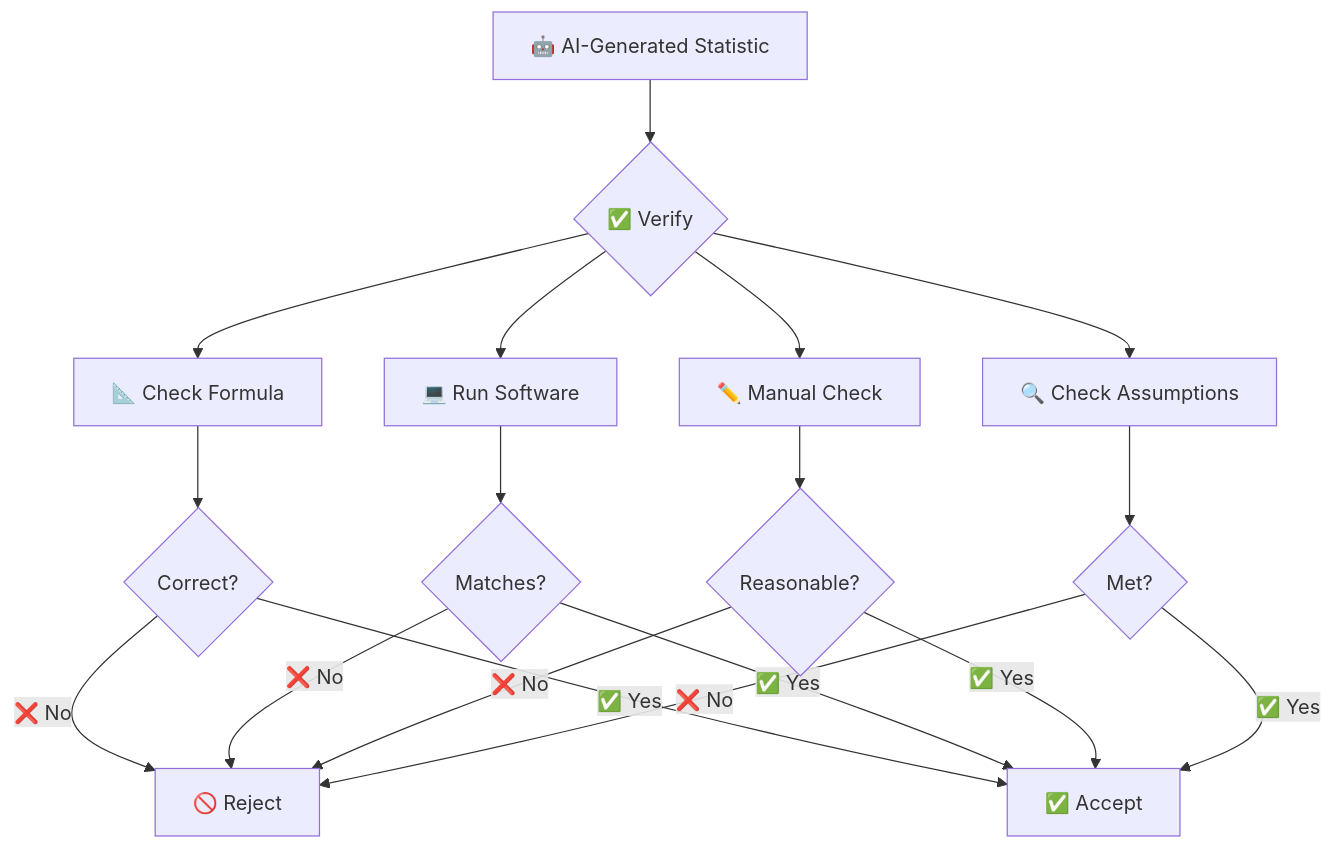
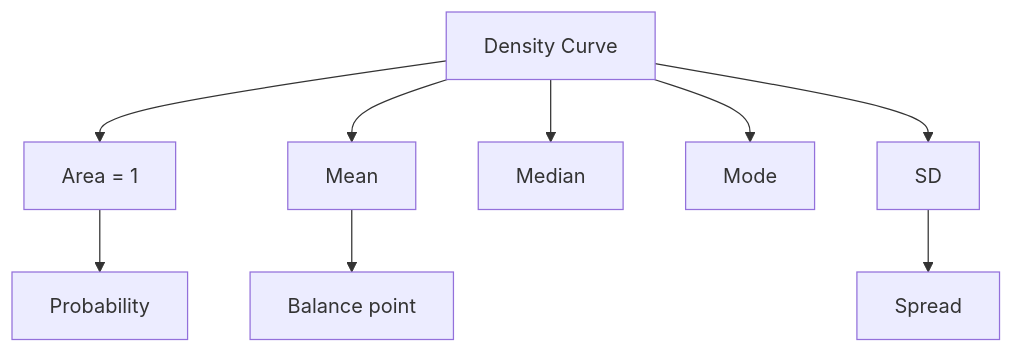
The fifth of 5 diagrams in 03-dispersion.md (muhammadsalek/statistics-for-scientists), drawn with Mermaid before and after one commit. The commit also changed other lines of this file, not shown here.

````diff
--- a/03-dispersion.md
+++ b/03-dispersion.md
@@ -2352,20 +3092,11 @@
 ```mermaid
-flowchart TD
-    A["🤖 AI-Generated Statistic"] --> B{"✅ Verify"}
-    B --> C["📐 Check Formula"]
-    B --> D["💻 Run Software"]
-    B --> E["✏️ Manual Check"]
-    B --> F["🔍 Check Assumptions"]
-    C --> G{"Correct?"}
-    D --> H{"Matches?"}
-    E --> I{"Reasonable?"}
-    F --> J{"Met?"}
-    G -->|"❌ No"| K["🚫 Reject"]
-    H -->|"❌ No"| K
-    I -->|"❌ No"| K
-    J -->|"❌ No"| K
-    G -->|"✅ Yes"| L["✅ Accept"]
-    H -->|"✅ Yes"| L
-    I -->|"✅ Yes"| L
-    J -->|"✅ Yes"| L
+graph TD
+    A["Density Curve"] --> B["Area = 1"]
+    A --> C["Mean"]
+    A --> D["Median"]
+    A --> E["Mode"]
+    A --> F["SD"]
+    B --> G["Probability"]
+    C --> H["Balance point"]
+    F --> I["Spread"]
 ```
````
